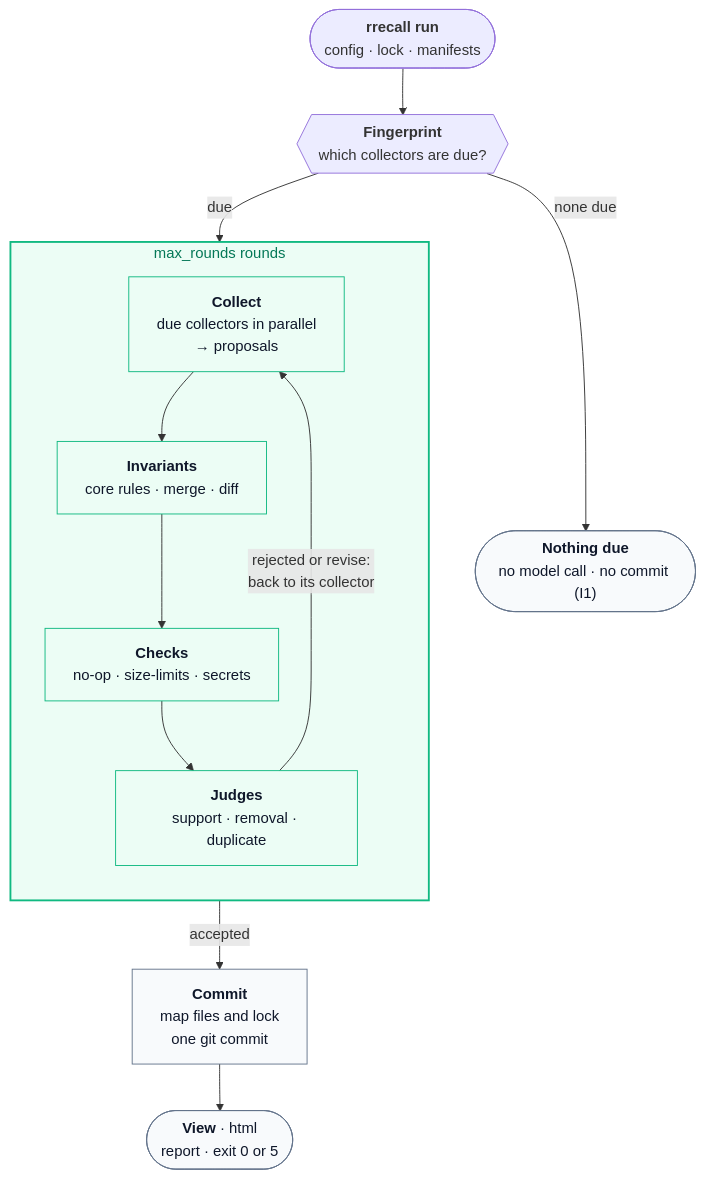
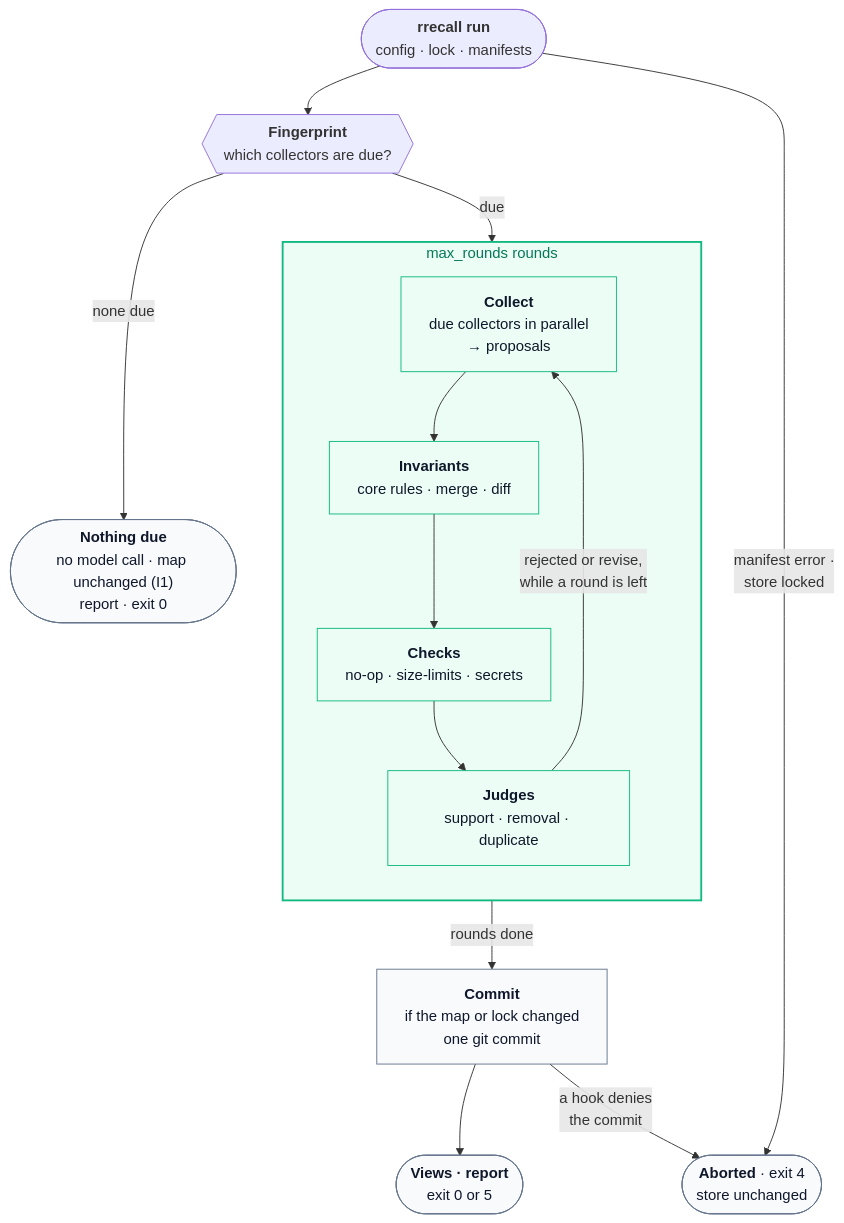
One commit to decadance-dance/precall changed the diagram in README.md. Above: the diagram before and after it, drawn with Mermaid. The commit also changed other lines of this file and 1 other file, not shown here.

````diff
--- a/README.md
+++ b/README.md
@@ -224,29 +257,32 @@
 ```mermaid
 flowchart TB
     load(["<b>rrecall run</b><br/>config · lock · manifests"])
     fp{{"<b>Fingerprint</b><br/>which collectors are due?"}}
-    idle(["<b>Nothing due</b><br/>no model call · no commit (I1)"])
+    idle(["<b>Nothing due</b><br/>no model call · map unchanged (I1)<br/>report · exit 0"])
+    abort(["<b>Aborted</b> · exit 4<br/>store unchanged"])
 
     subgraph round["max_rounds rounds"]
         direction TB
         collect["<b>Collect</b><br/>due collectors in parallel<br/>→ proposals"]
         core["<b>Invariants</b><br/>core rules · merge · diff"]
         checks["<b>Checks</b><br/>no-op · size-limits · secrets"]
         judges["<b>Judges</b><br/>support · removal · duplicate"]
     end
 
-    commit["<b>Commit</b><br/>map files and lock<br/>one git commit"]
-    view(["<b>View</b> · html<br/>report · exit 0 or 5"])
+    commit["<b>Commit</b><br/>if the map or lock changed<br/>one git commit"]
+    view(["<b>Views · report</b><br/>exit 0 or 5"])
 
     load --> fp
+    load -- "manifest error ·<br/>store locked" --> abort
     fp -- "none due" --> idle
     fp -- "due" --> collect --> core --> checks --> judges
-    judges -- "rejected or revise:<br/>back to its collector" --> collect
-    judges -- "accepted" --> commit --> view
+    judges -- "rejected or revise,<br/>while a round is left" --> collect
+    judges -- "rounds done" --> commit --> view
+    commit -- "a hook denies<br/>the commit" --> abort
 
     classDef accent fill:#ecfdf5,stroke:#10b981,color:#0f172a
     classDef verdict fill:#f8fafc,stroke:#64748b,color:#0f172a
     class collect,core,checks,judges accent
-    class commit,view,idle verdict
+    class commit,view,idle,abort verdict
     style round fill:#ecfdf5,stroke:#10b981,stroke-width:2px,color:#047857
 ```
````
